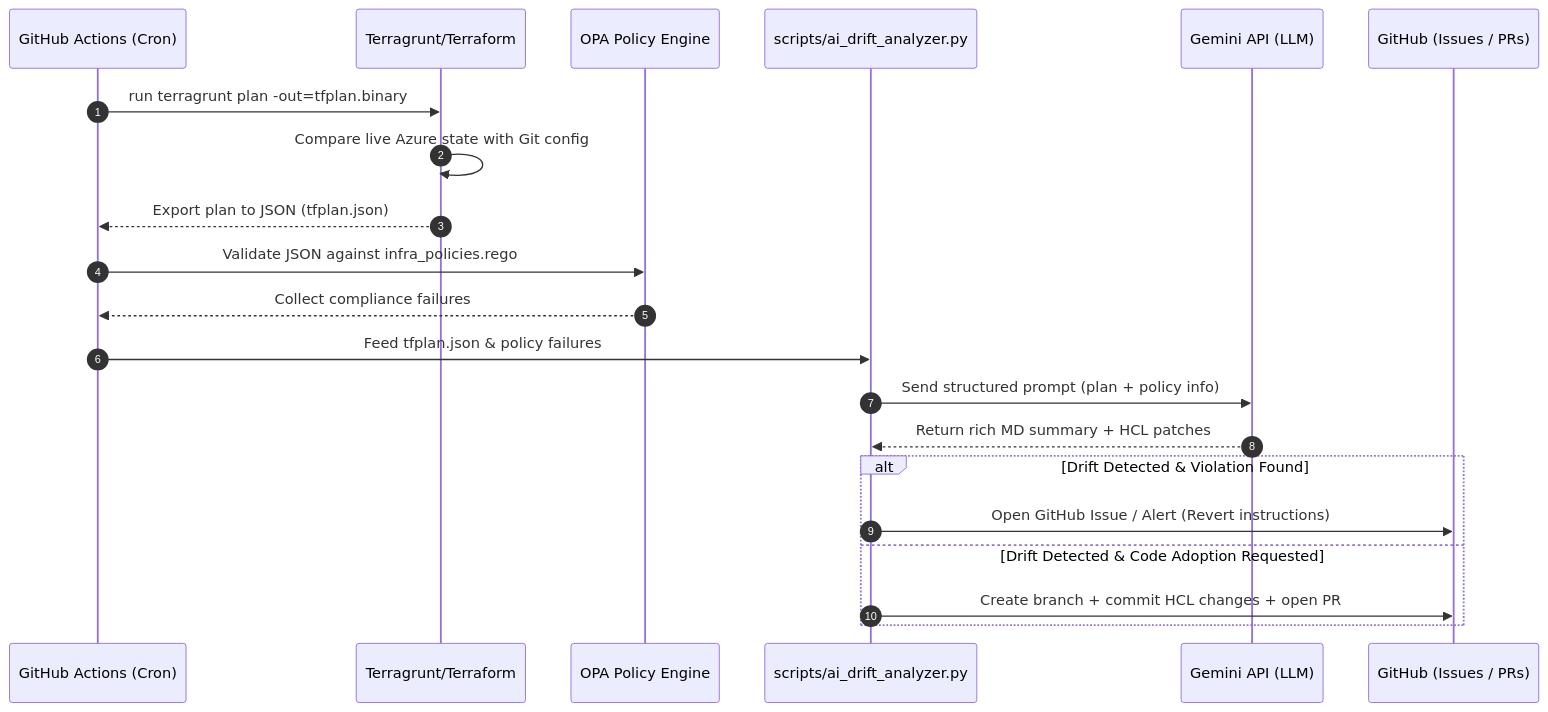
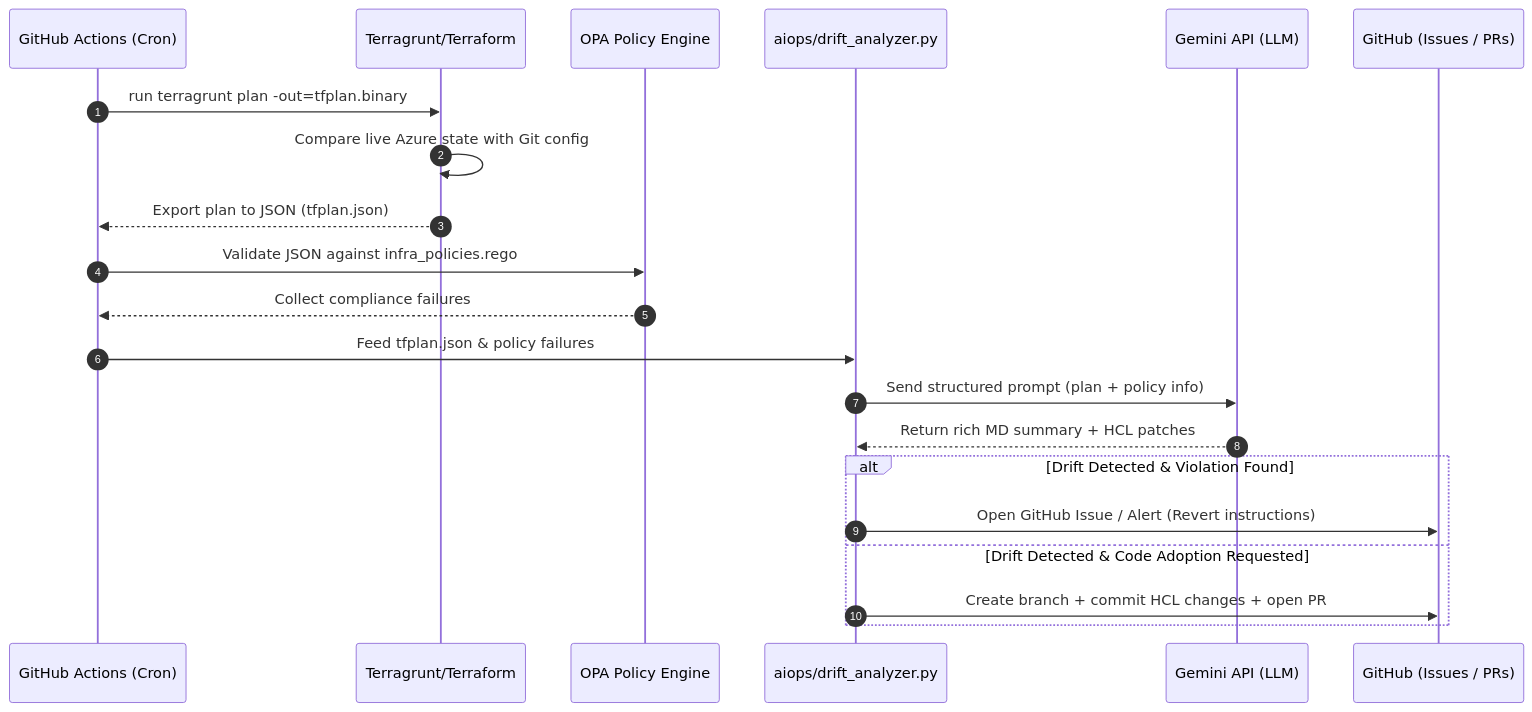
One commit to shreyansh-sawarn/tf-azure changed the second of 2 diagrams in README.md. Above: the diagram before and after it, drawn with Mermaid. The commit also changed other lines of this file, not shown here.

````diff
--- a/README.md
+++ b/README.md
@@ -64,24 +64,24 @@
 ```mermaid
 sequenceDiagram
     autonumber
     participant CRON as GitHub Actions (Cron)
     participant TG as Terragrunt/Terraform
     participant OPA as OPA Policy Engine
-    participant script as scripts/ai_drift_analyzer.py
+    participant script as aiops/drift_analyzer.py
     participant LLM as Gemini API (LLM)
     participant Git as GitHub (Issues / PRs)
-
+    
     CRON->>TG: run terragrunt plan -out=tfplan.binary
     TG->>TG: Compare live Azure state with Git config
     TG-->>CRON: Export plan to JSON (tfplan.json)
     CRON->>OPA: Validate JSON against infra_policies.rego
     OPA-->>CRON: Collect compliance failures
     CRON->>script: Feed tfplan.json & policy failures
     script->>LLM: Send structured prompt (plan + policy info)
     LLM-->>script: Return rich MD summary + HCL patches
     alt Drift Detected & Violation Found
         script->>Git: Open GitHub Issue / Alert (Revert instructions)
     else Drift Detected & Code Adoption Requested
         script->>Git: Create branch + commit HCL changes + open PR
     end
 ```
````
